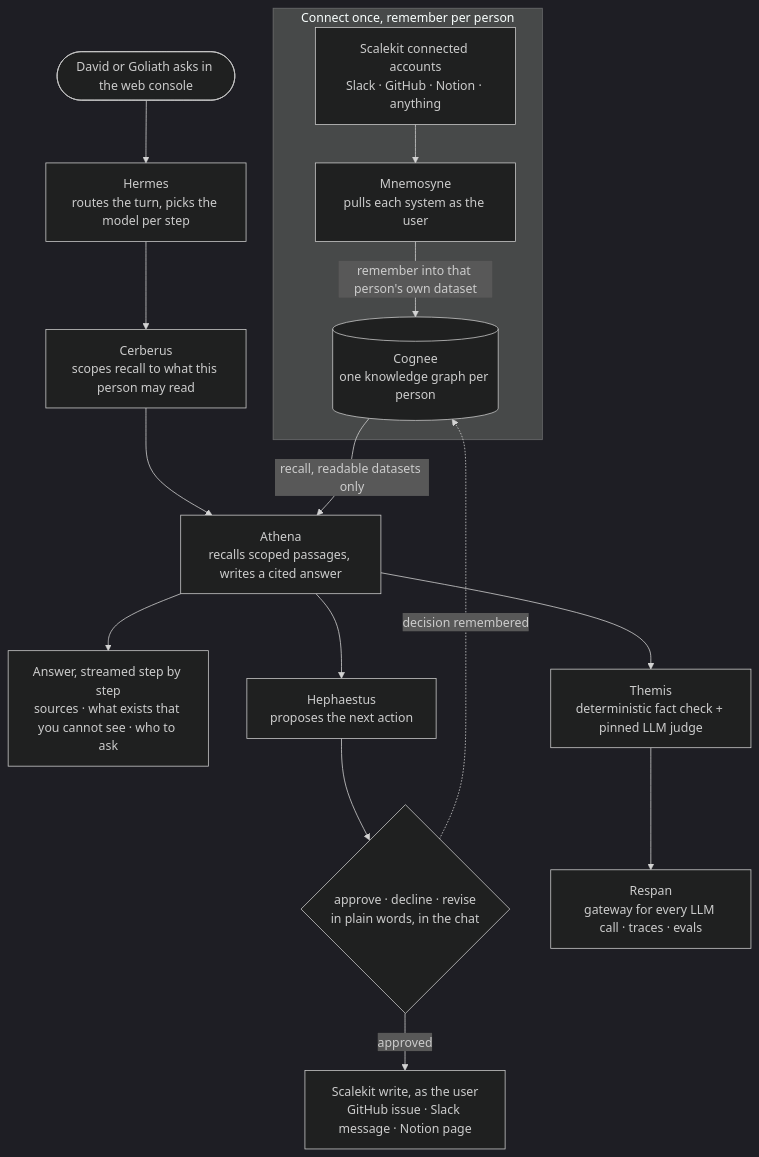
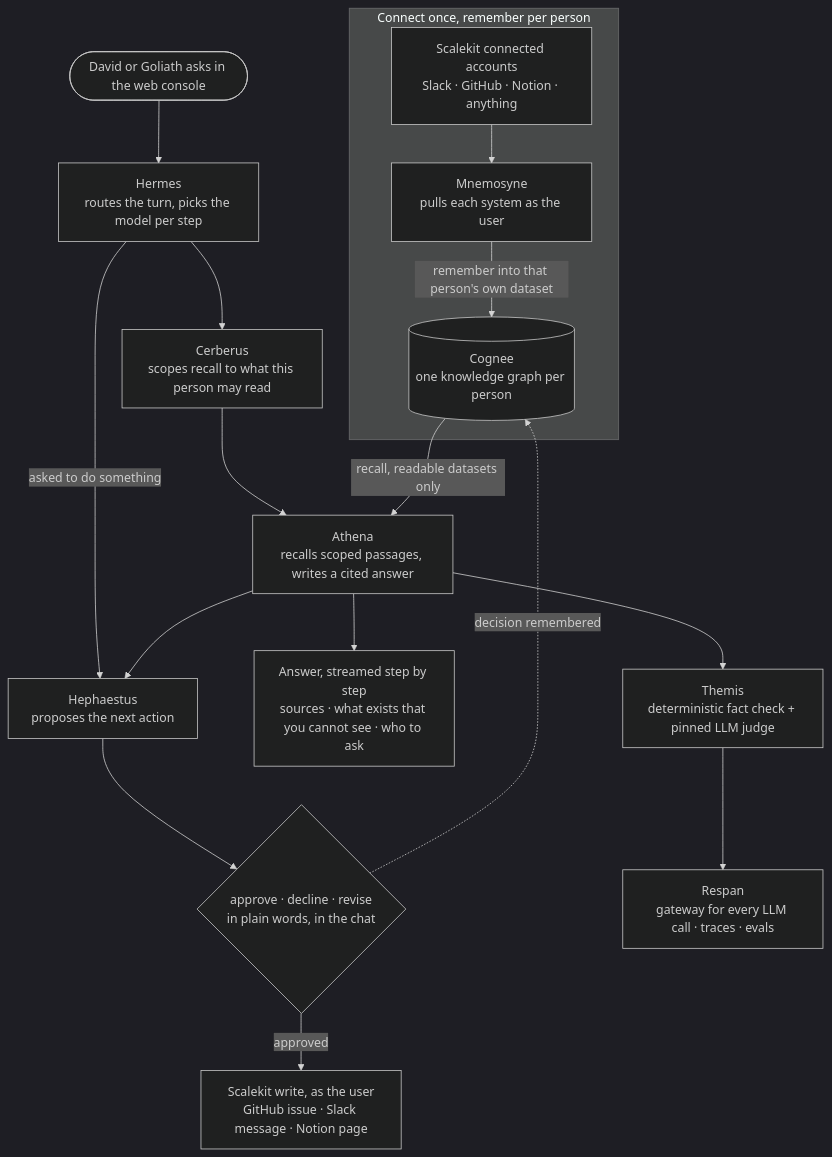
One commit to UJameel/company-brain-hackathon changed the diagram in README.md. Above: the diagram before and after it, drawn with Mermaid (dark theme). The commit also changed other lines of this file and 2 other files, not shown here.

Commit message:
API accepts display names (david, goliath) for every user parameter; README commands use the names; flow shows the requested-action path

````diff
--- a/README.md
+++ b/README.md
@@ -36,22 +36,23 @@
 ```mermaid
 flowchart TD
     subgraph connect["Connect once, remember per person"]
         SK["Scalekit connected accounts<br/>Slack · GitHub · Notion · anything"]
         MN["Mnemosyne<br/>pulls each system as the user"]
         CG[("Cognee<br/>one knowledge graph per person")]
     end
     SK --> MN
     MN -->|"remember into that person's own dataset"| CG
 
     U(["David or Goliath asks in the web console"]) --> H["Hermes<br/>routes the turn, picks the model per step"]
+    H -->|"asked to do something"| HP
     H --> C["Cerberus<br/>scopes recall to what this person may read"]
     C --> A["Athena<br/>recalls scoped passages, writes a cited answer"]
     CG -->|"recall, readable datasets only"| A
     A --> ANS["Answer, streamed step by step<br/>sources · what exists that you cannot see · who to ask"]
     A --> HP["Hephaestus<br/>proposes the next action"]
     HP --> D{"approve · decline · revise<br/>in plain words, in the chat"}
     D -->|"approved"| EX["Scalekit write, as the user<br/>GitHub issue · Slack message · Notion page"]
     D -.->|"decision remembered"| CG
     A --> T["Themis<br/>deterministic fact check + pinned LLM judge"]
     T --> R["Respan<br/>gateway for every LLM call · traces · evals"]
 ```
````
